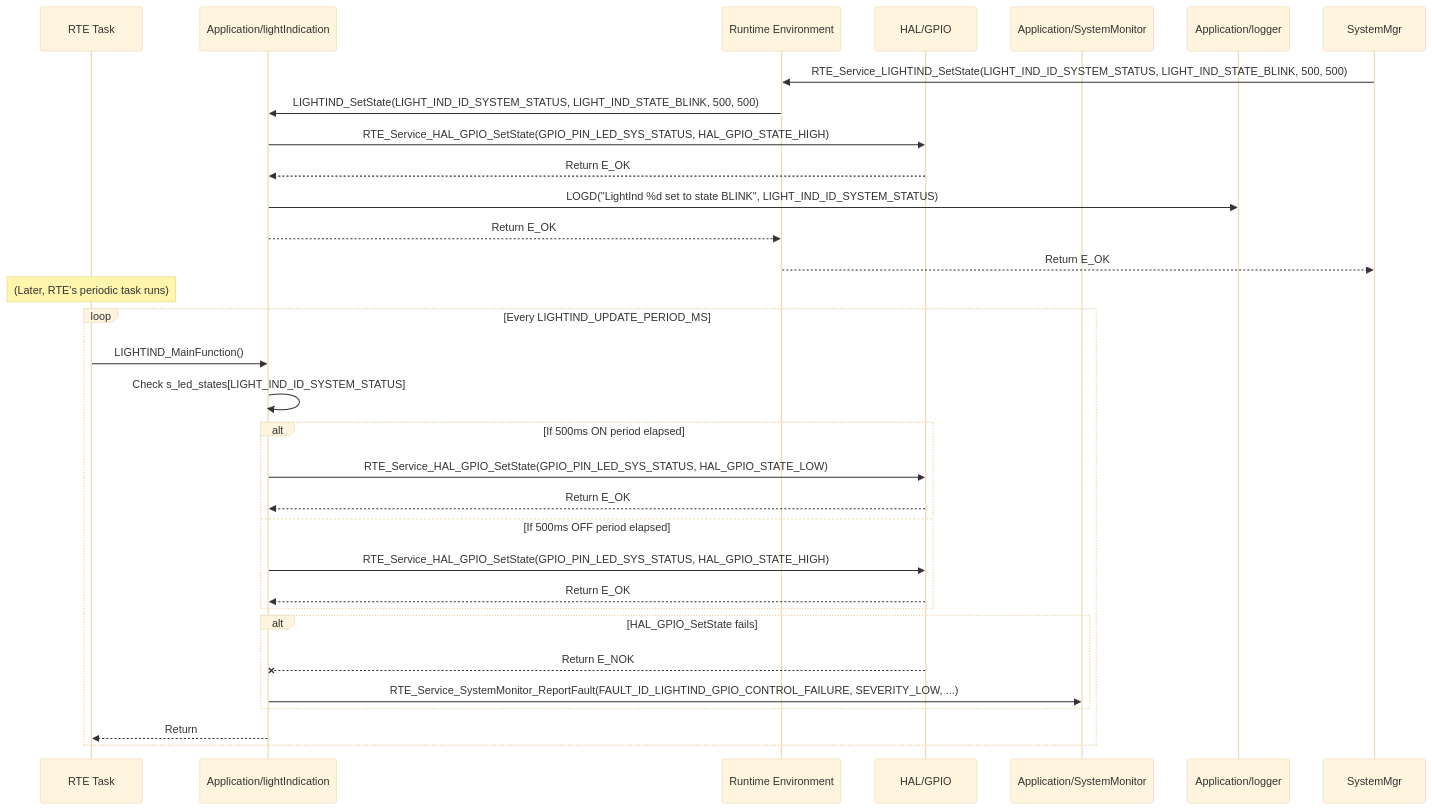
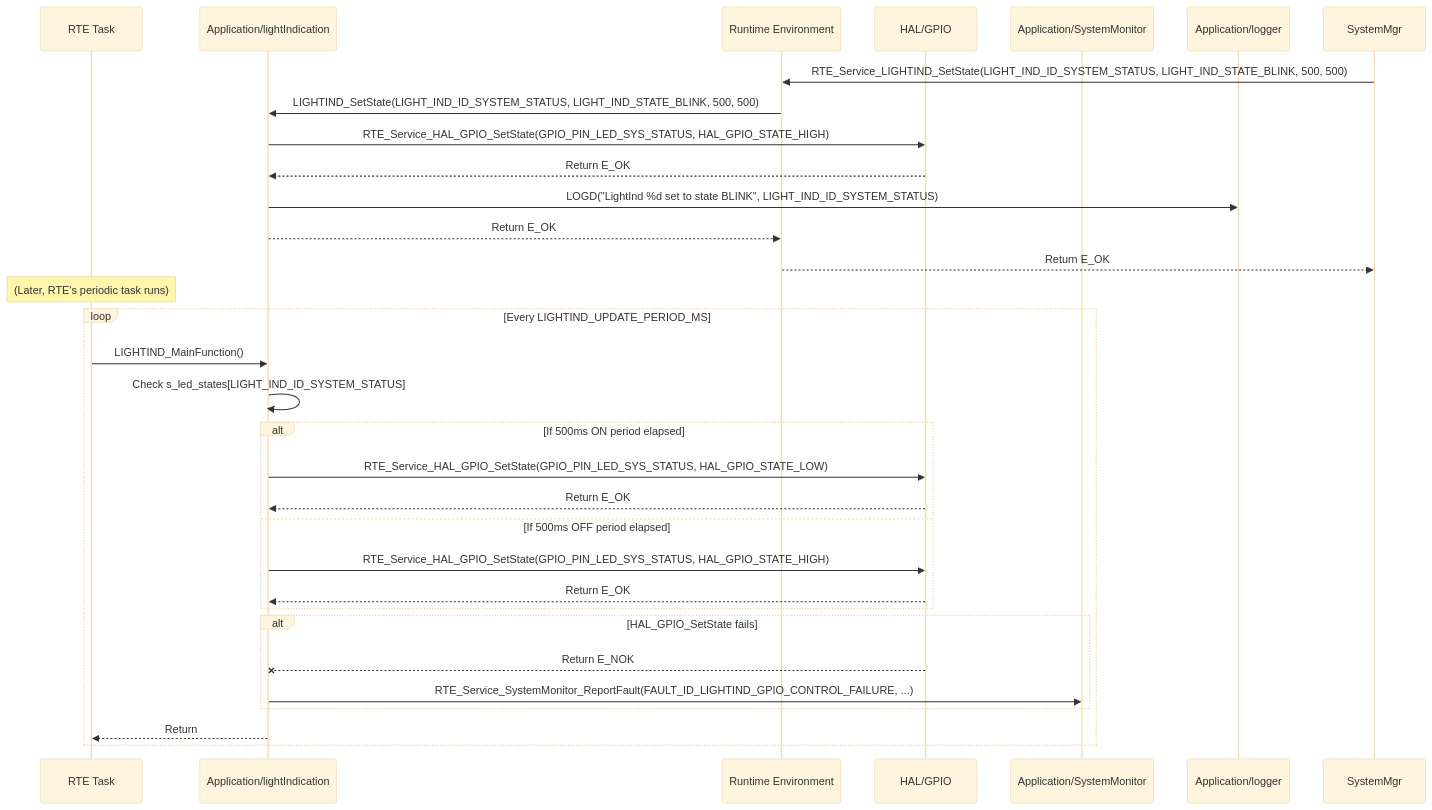
One commit to ashaker-2/Platform changed the diagram in Requiremets/Design/Application/LightIndication.md. Above: the diagram before and after it, drawn with Mermaid (base theme). The commit also changed other lines of this file and 79 other files, not shown here.

````diff
--- a/Requiremets/Design/Application/LightIndication.md
+++ b/Requiremets/Design/Application/LightIndication.md
@@ -187,35 +192,35 @@
 ```mermaid
 sequenceDiagram  
     participant RTE_DisplayAlarmTask as RTE Task  
     participant LightInd as Application/lightIndication  
     participant RTE as Runtime Environment  
     participant HAL_GPIO as HAL/GPIO  
     participant SystemMonitor as Application/SystemMonitor  
     participant Logger as Application/logger
 
     SystemMgr->>RTE: RTE_Service_LIGHTIND_SetState(LIGHT_IND_ID_SYSTEM_STATUS, LIGHT_IND_STATE_BLINK, 500, 500)  
     RTE->>LightInd: LIGHTIND_SetState(LIGHT_IND_ID_SYSTEM_STATUS, LIGHT_IND_STATE_BLINK, 500, 500)  
     LightInd->>HAL_GPIO: RTE_Service_HAL_GPIO_SetState(GPIO_PIN_LED_SYS_STATUS, HAL_GPIO_STATE_HIGH)  
     HAL_GPIO-->>LightInd: Return E_OK  
     LightInd->>Logger: LOGD("LightInd %d set to state BLINK", LIGHT_IND_ID_SYSTEM_STATUS)  
     LightInd-->>RTE: Return E_OK  
     RTE-->>SystemMgr: Return E_OK
 
     Note over RTE_DisplayAlarmTask: (Later, RTE's periodic task runs)  
     loop Every LIGHTIND_UPDATE_PERIOD_MS  
         RTE_DisplayAlarmTask->>LightInd: LIGHTIND_MainFunction()  
         LightInd->>LightInd: Check s_led_states[LIGHT_IND_ID_SYSTEM_STATUS]  
         alt If 500ms ON period elapsed  
             LightInd->>HAL_GPIO: RTE_Service_HAL_GPIO_SetState(GPIO_PIN_LED_SYS_STATUS, HAL_GPIO_STATE_LOW)  
             HAL_GPIO-->>LightInd: Return E_OK  
         else If 500ms OFF period elapsed  
             LightInd->>HAL_GPIO: RTE_Service_HAL_GPIO_SetState(GPIO_PIN_LED_SYS_STATUS, HAL_GPIO_STATE_HIGH)  
             HAL_GPIO-->>LightInd: Return E_OK  
         end  
         alt HAL_GPIO_SetState fails  
             HAL_GPIO--xLightInd: Return E_NOK  
-            LightInd->>SystemMonitor: RTE_Service_SystemMonitor_ReportFault(FAULT_ID_LIGHTIND_GPIO_CONTROL_FAILURE, SEVERITY_LOW, ...)  
+            LightInd->>SystemMonitor: RTE_Service_SystemMonitor_ReportFault(FAULT_ID_LIGHTIND_GPIO_CONTROL_FAILURE,  ...)  
         end  
         LightInd-->>RTE_DisplayAlarmTask: Return  
     end
 ```
````
